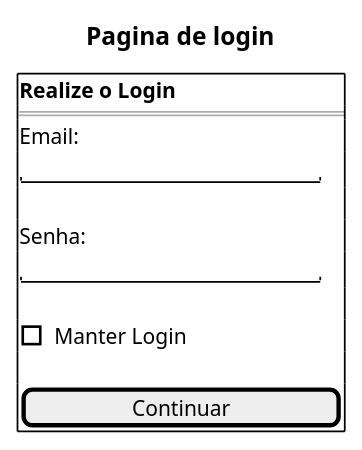
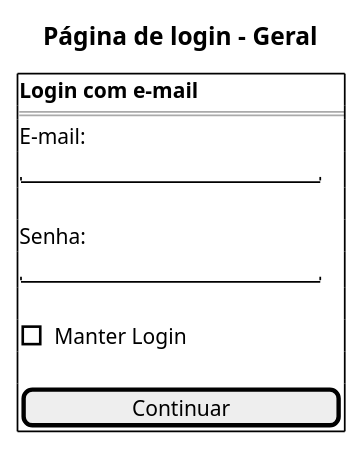
The first of 4 diagrams in docs/Iniciacao/prototipo_baixa_fidelidade.md (Projetos-de-Extensao/PBE_26.1_8002_I), drawn with PlantUML before and after one commit. The commit also changed other lines of this file, not shown here.

Commit message:
Adequações nas telas de login e cadastro de empresa e fim das telas de cadastro de coordenador e aluno

````diff
--- a/docs/Iniciacao/prototipo_baixa_fidelidade.md
+++ b/docs/Iniciacao/prototipo_baixa_fidelidade.md
@@ -23,21 +23,21 @@
 ```plantuml
 @startsalt
-title Pagina de login
+title Página de login - Geral
 {
   {+
-    **Realize o Login**
+    **Login com e-mail**
     ==
-    Email:
+    E-mail:
     "                     "
     .
     Senha:
     "                     "
     .
     [] Manter Login
     .
     [       Continuar      ]
   
   }
 }
 @endsalt
 ```
````
